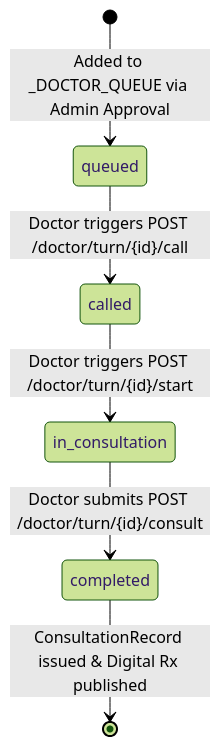
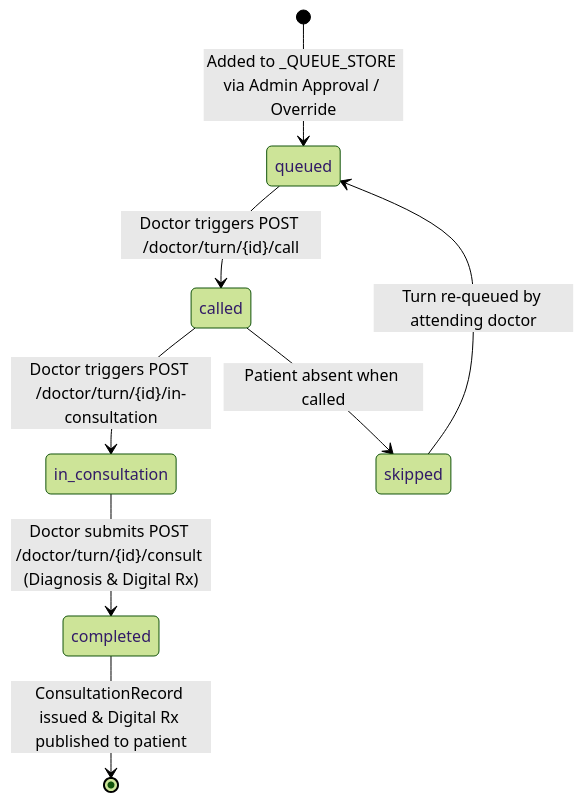
The fourth of 6 diagrams in docs/state-machines.md (DakshChaudhary2668/MediKiosk), drawn with Mermaid (forest theme) before and after one commit. The commit also changed other lines of this file and 33 other files, not shown here.

````diff
--- a/docs/state-machines.md
+++ b/docs/state-machines.md
@@ -55,10 +75,12 @@
 ```mermaid
 stateDiagram-v2
-    [*] --> queued: Added to _DOCTOR_QUEUE via Admin Approval
+    [*] --> queued: Added to _QUEUE_STORE via Admin Approval / Override
 
     queued --> called: Doctor triggers POST /doctor/turn/{id}/call
-    called --> in_consultation: Doctor triggers POST /doctor/turn/{id}/start
-    in_consultation --> completed: Doctor submits POST /doctor/turn/{id}/consult
+    called --> in_consultation: Doctor triggers POST /doctor/turn/{id}/in-consultation
+    in_consultation --> completed: Doctor submits POST /doctor/turn/{id}/consult (Diagnosis & Digital Rx)
+    called --> skipped: Patient absent when called
 
-    completed --> [*]: ConsultationRecord issued & Digital Rx published
+    skipped --> queued: Turn re-queued by attending doctor
+    completed --> [*]: ConsultationRecord issued & Digital Rx published to patient
 ```
````
